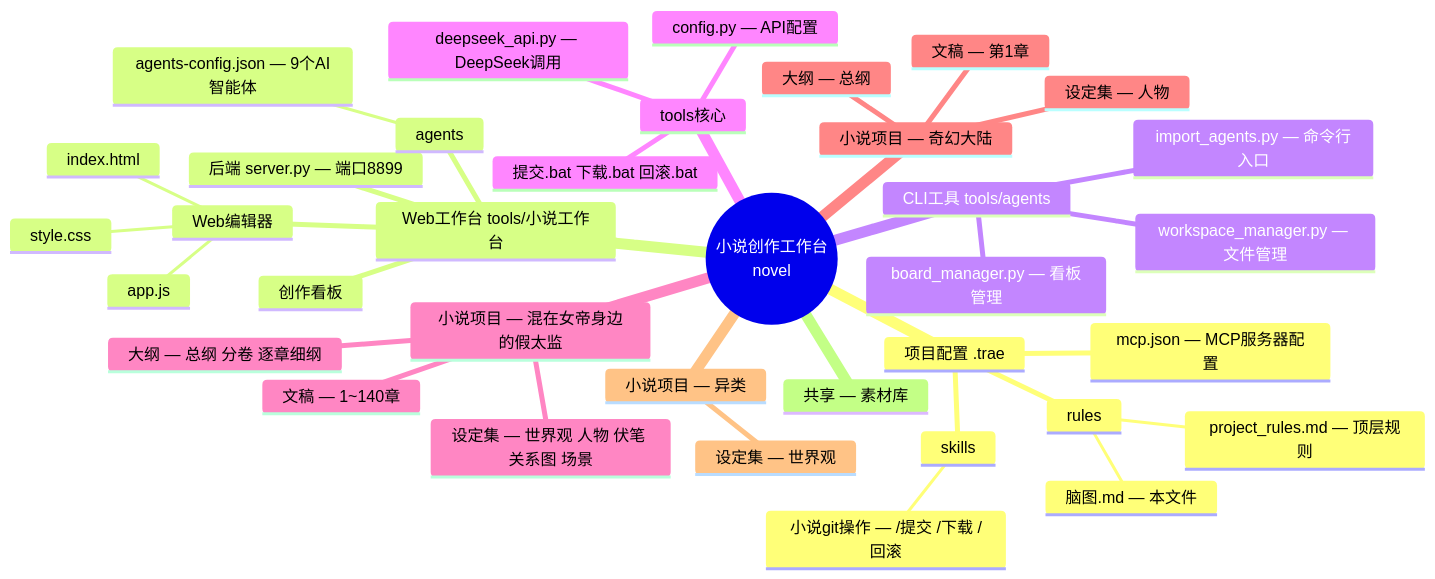
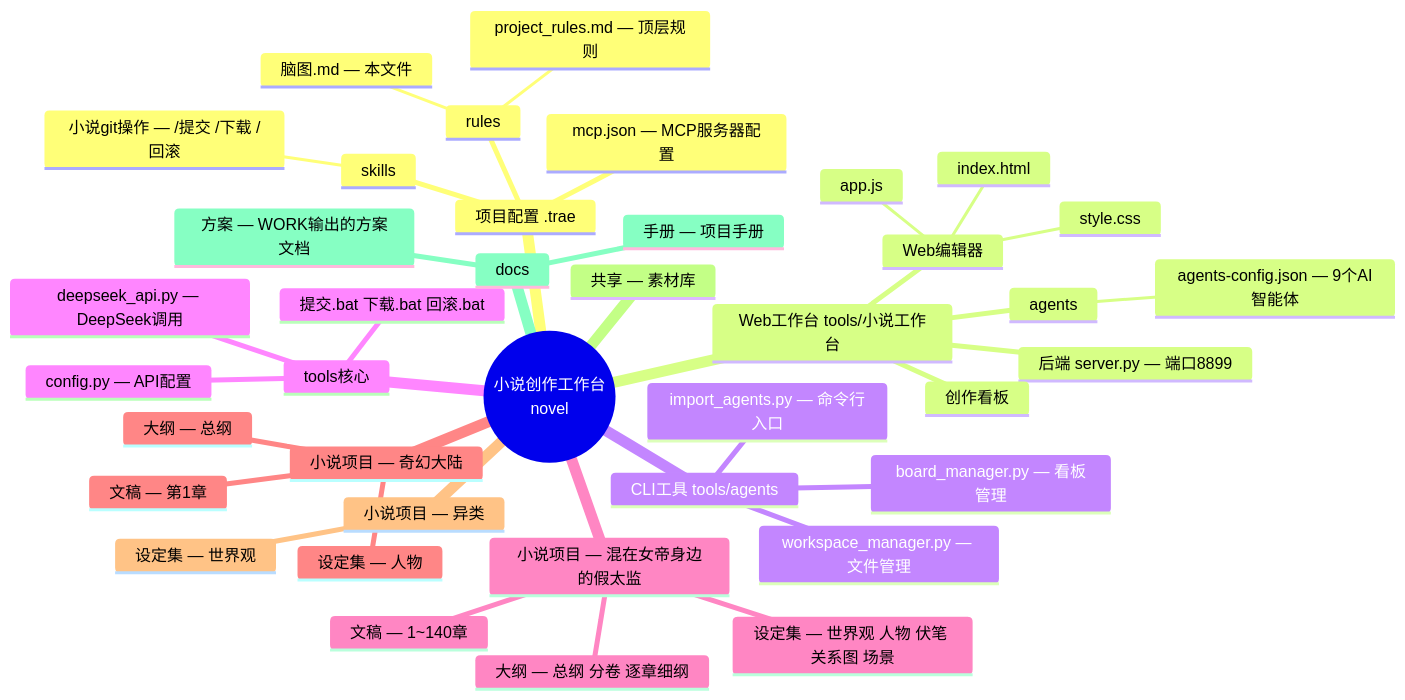
One commit to LAOYE1988/novel changed the first of 5 diagrams in .trae/rules/脑图.md. Above: the diagram before and after it, drawn with Mermaid. The commit also changed other lines of this file and 1 other file, not shown here.

Commit message:
修正顶层规则和脑图——三模式独立、文件传递信息 (2026-06-25 22:41)

````diff
--- a/.trae/rules/脑图.md
+++ b/.trae/rules/脑图.md
@@ -7,39 +7,42 @@
 ```mermaid
 mindmap
   root((小说创作工作台<br/>novel))
     项目配置 .trae
       rules
         project_rules.md — 顶层规则
         脑图.md — 本文件
       skills
         小说git操作 — /提交 /下载 /回滚
       mcp.json — MCP服务器配置
     Web工作台 tools/小说工作台
       后端 server.py — 端口8899
       Web编辑器
         index.html
         app.js
         style.css
       创作看板
       agents
         agents-config.json — 9个AI智能体
     CLI工具 tools/agents
       import_agents.py — 命令行入口
       board_manager.py — 看板管理
       workspace_manager.py — 文件管理
     tools核心
       config.py — API配置
       deepseek_api.py — DeepSeek调用
       提交.bat 下载.bat 回滚.bat
     小说项目 — 混在女帝身边的假太监
       大纲 — 总纲 分卷 逐章细纲
       文稿 — 1~140章
       设定集 — 世界观 人物 伏笔 关系图 场景
     小说项目 — 奇幻大陆
       大纲 — 总纲
       文稿 — 第1章
       设定集 — 人物
     小说项目 — 异类
       设定集 — 世界观
     共享 — 素材库
+    docs
+      方案 — WORK输出的方案文档
+      手册 — 项目手册
 ```
````
